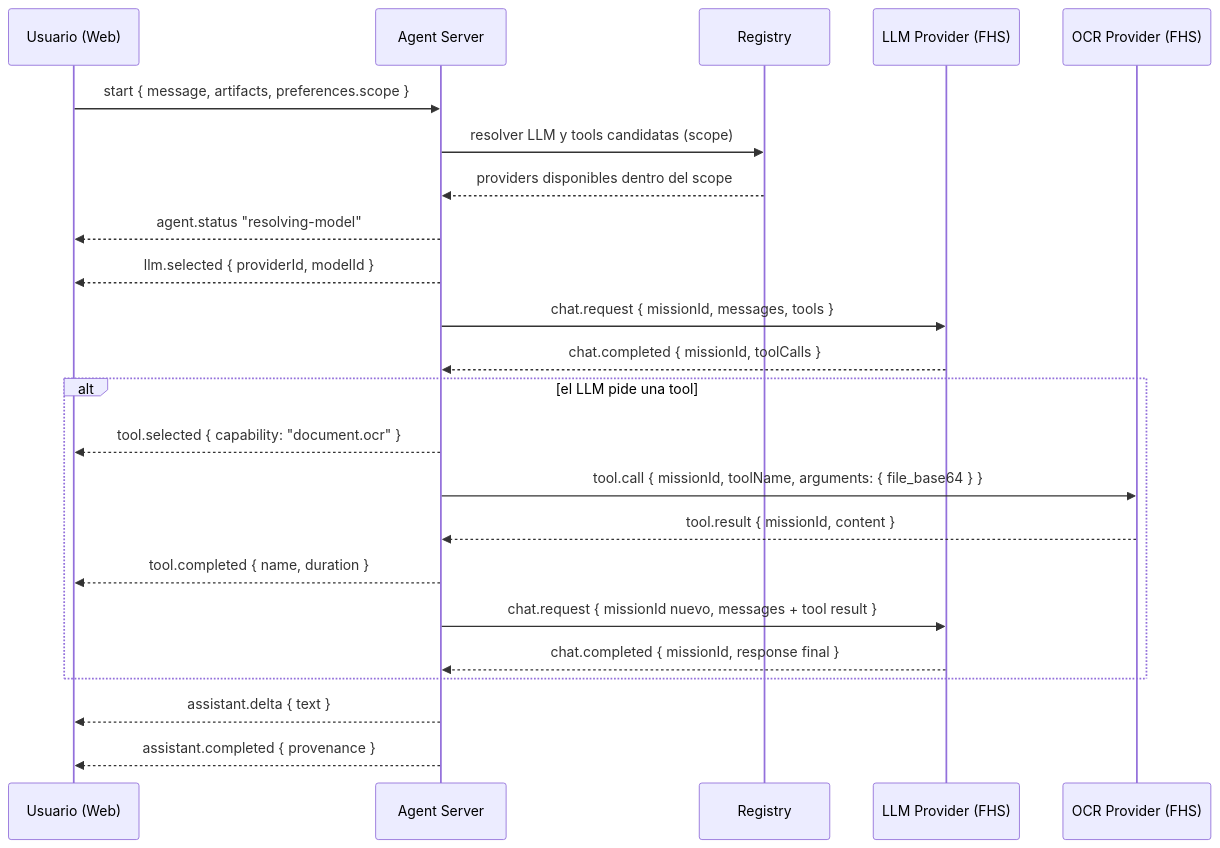
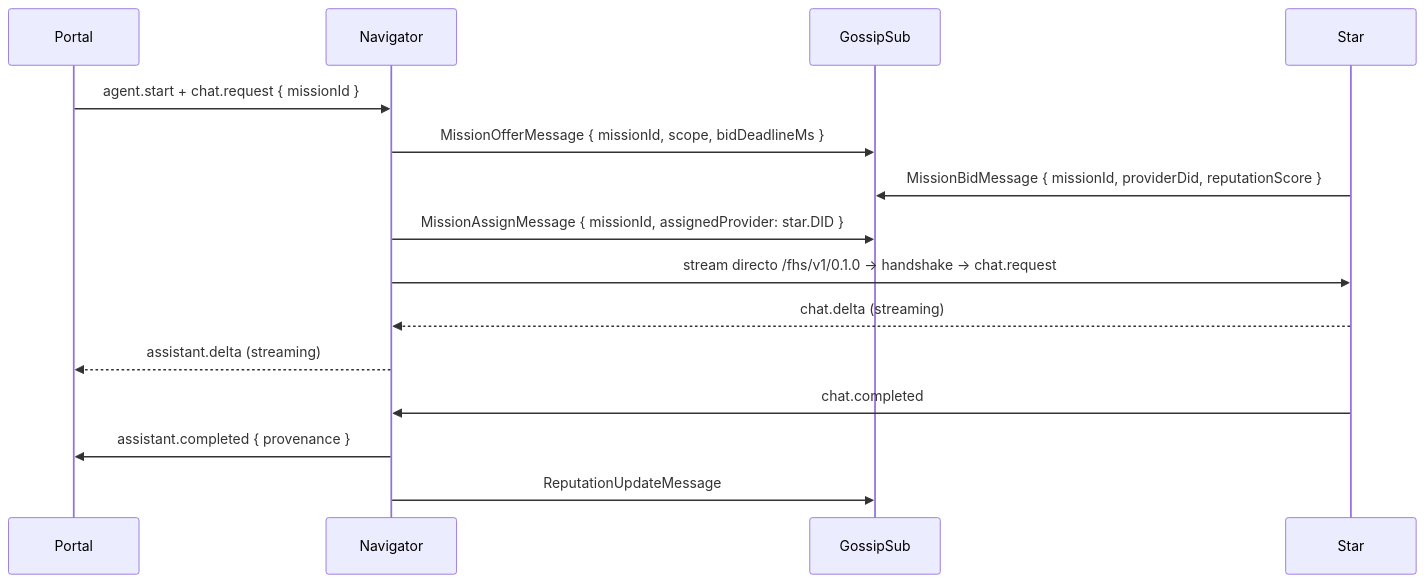
The third of 3 diagrams in docs/protocolo.md (rafex/galaxIA), drawn with Mermaid before and after one commit. The commit also changed other lines of this file and 25 other files, not shown here.

````diff
--- a/docs/protocolo.md
+++ b/docs/protocolo.md
@@ -269,29 +115,18 @@
 ```mermaid
 sequenceDiagram
-    participant U as Usuario (Web)
-    participant AS as Agent Server
-    participant REG as Registry
-    participant LLM as LLM Provider (FHS)
-    participant OCR as OCR Provider (FHS)
+    participant Po as Portal
+    participant NAV as Navigator
+    participant G as GossipSub
+    participant S as Star
 
-    U->>AS: start { message, artifacts, preferences.scope }
-    AS->>REG: resolver LLM y tools candidatas (scope)
-    REG-->>AS: providers disponibles dentro del scope
-    AS-->>U: agent.status "resolving-model"
-    AS-->>U: llm.selected { providerId, modelId }
-
-    AS->>LLM: chat.request { missionId, messages, tools }
-    LLM-->>AS: chat.completed { missionId, toolCalls }
-
-    alt el LLM pide una tool
-        AS-->>U: tool.selected { capability: "document.ocr" }
-        AS->>OCR: tool.call { missionId, toolName, arguments: { file_base64 } }
-        OCR-->>AS: tool.result { missionId, content }
-        AS-->>U: tool.completed { name, duration }
-        AS->>LLM: chat.request { missionId nuevo, messages + tool result }
-        LLM-->>AS: chat.completed { missionId, response final }
-    end
-
-    AS-->>U: assistant.delta { text }
-    AS-->>U: assistant.completed { provenance }
+    Po->>NAV: agent.start + chat.request { missionId }
+    NAV->>G: MissionOfferMessage { missionId, scope, bidDeadlineMs }
+    S->>G: MissionBidMessage { missionId, providerDid, reputationScore }
+    NAV->>G: MissionAssignMessage { missionId, assignedProvider: star.DID }
+    NAV->>S: stream directo /fhs/v1/0.1.0 → handshake → chat.request
+    S-->>NAV: chat.delta (streaming)
+    NAV-->>Po: assistant.delta (streaming)
+    S->>NAV: chat.completed
+    NAV->>Po: assistant.completed { provenance }
+    NAV->>G: ReputationUpdateMessage
 ```
````
